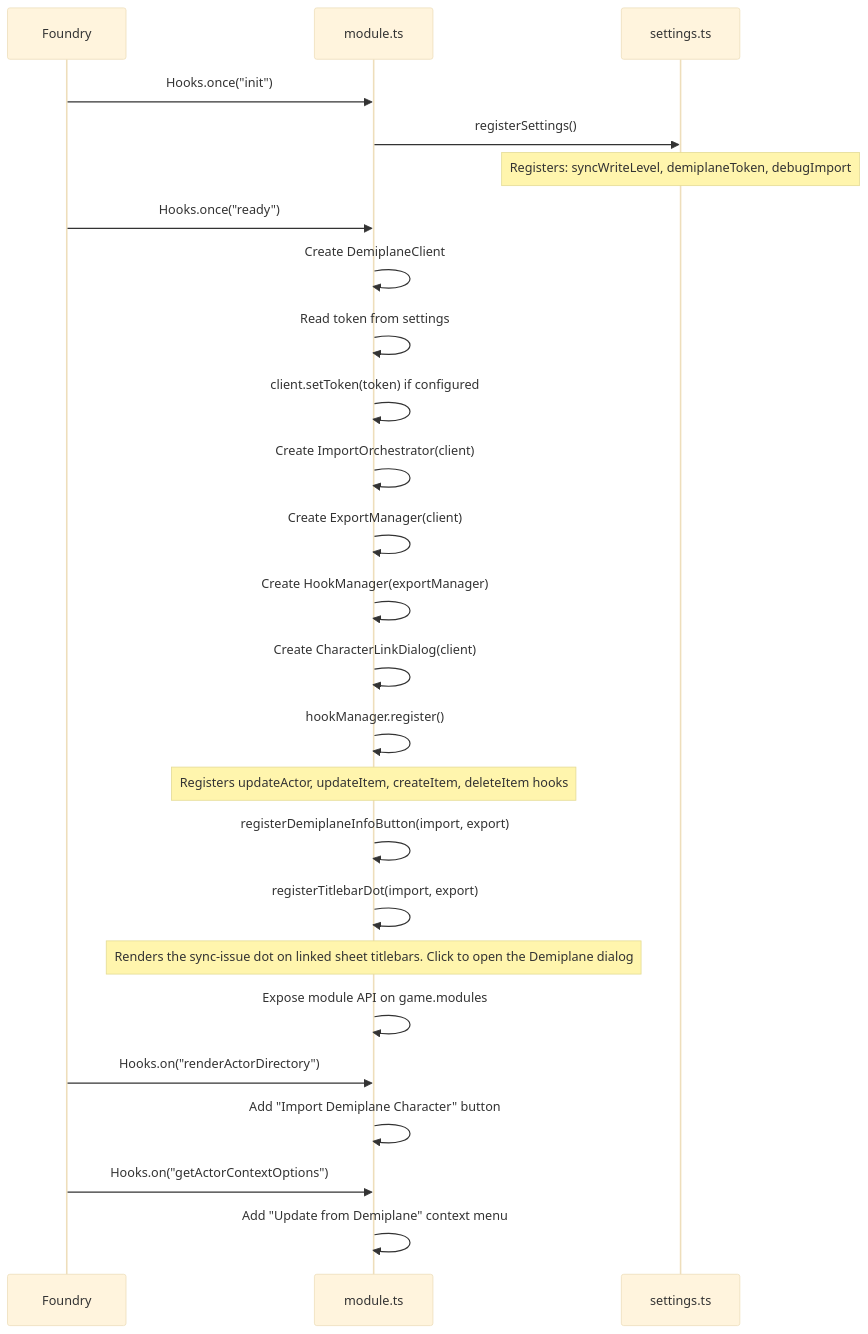
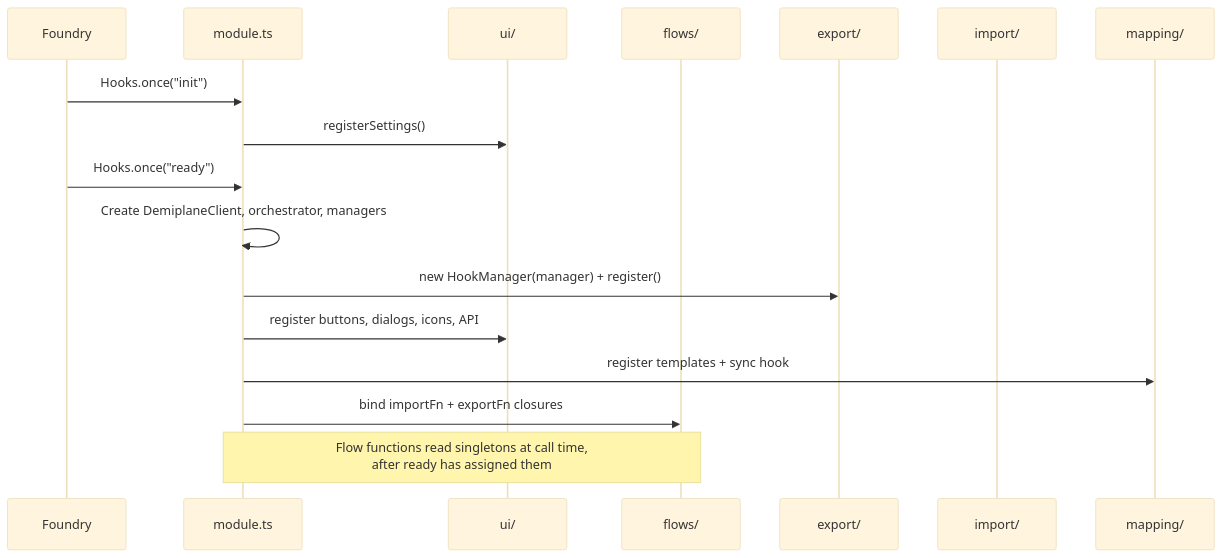
One commit to scooper4711/demiplane-pf2e changed the second of 5 diagrams in docs/ARCHITECTURE.md. Above: the diagram before and after it, drawn with Mermaid (base theme). The commit also changed other lines of this file and 12 other files, not shown here.

First line of the commit message:
docs: Lift ARCHITECTURE diagrams to package level, detail to modules

````diff
--- a/docs/ARCHITECTURE.md
+++ b/docs/ARCHITECTURE.md
@@ -336,35 +93,20 @@
 ```mermaid
 sequenceDiagram
     participant Foundry
     participant Module as module.ts
-    participant Settings as settings.ts
+    participant UI as ui/
+    participant Flows as flows/
+    participant Export as export/
+    participant Import as import/
+    participant Mapping as mapping/
 
     Foundry->>Module: Hooks.once("init")
-    Module->>Settings: registerSettings()
-    Note over Settings: Registers: syncWriteLevel, demiplaneToken, debugImport
-
+    Module->>UI: registerSettings()
     Foundry->>Module: Hooks.once("ready")
-    Module->>Module: Create DemiplaneClient
-    Module->>Module: Read token from settings
-    Module->>Module: client.setToken(token) if configured
-
-    Module->>Module: Create ImportOrchestrator(client)
-    Module->>Module: Create ExportManager(client)
-    Module->>Module: Create HookManager(exportManager)
-    Module->>Module: Create CharacterLinkDialog(client)
-
-    Module->>Module: hookManager.register()
-    Note over Module: Registers updateActor, updateItem, createItem, deleteItem hooks
-
-    Module->>Module: registerDemiplaneInfoButton(import, export)
-    Module->>Module: registerTitlebarDot(import, export)
-    Note over Module: Renders the sync-issue dot on linked sheet titlebars. Click to open the Demiplane dialog
-
-    Module->>Module: Expose module API on game.modules
-
-    Foundry->>Module: Hooks.on("renderActorDirectory")
-    Module->>Module: Add "Import Demiplane Character" button
-
-    Foundry->>Module: Hooks.on("getActorContextOptions")
-    Module->>Module: Add "Update from Demiplane" context menu
+    Module->>Module: Create DemiplaneClient, orchestrator, managers
+    Module->>Export: new HookManager(manager) + register()
+    Module->>UI: register buttons, dialogs, icons, API
+    Module->>Mapping: register templates + sync hook
+    Module->>Flows: bind importFn + exportFn closures
+    Note over Module,Flows: Flow functions read singletons at call time,<br/>after ready has assigned them
 ```
````
